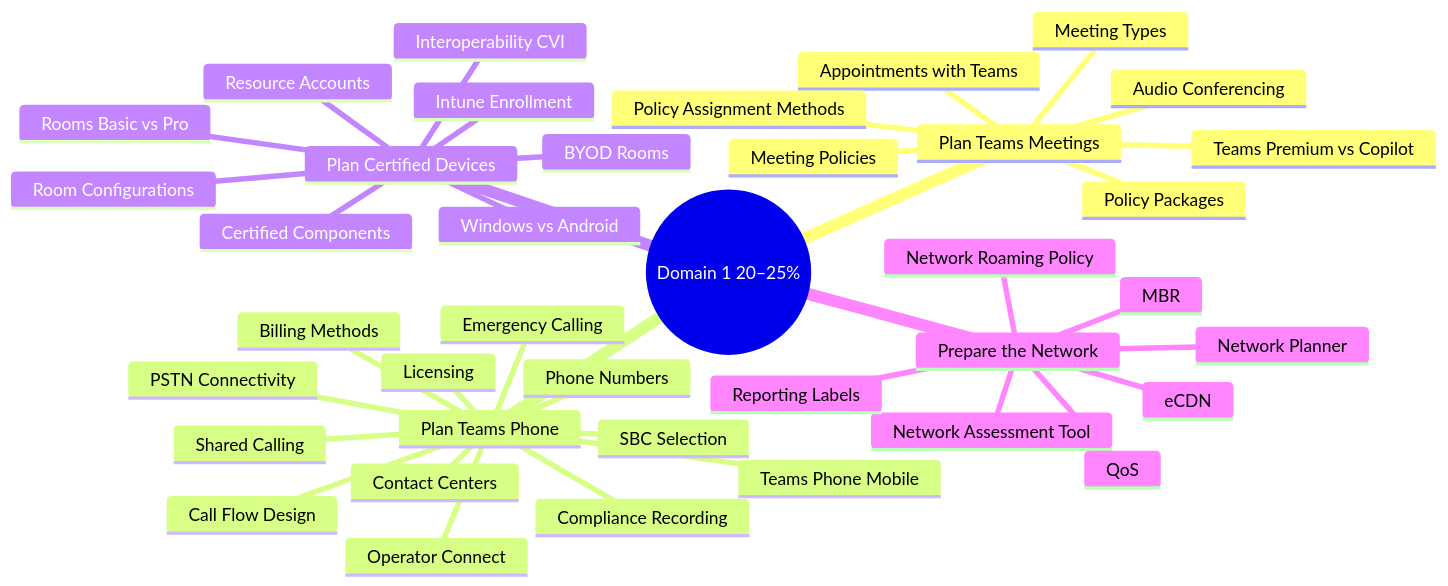
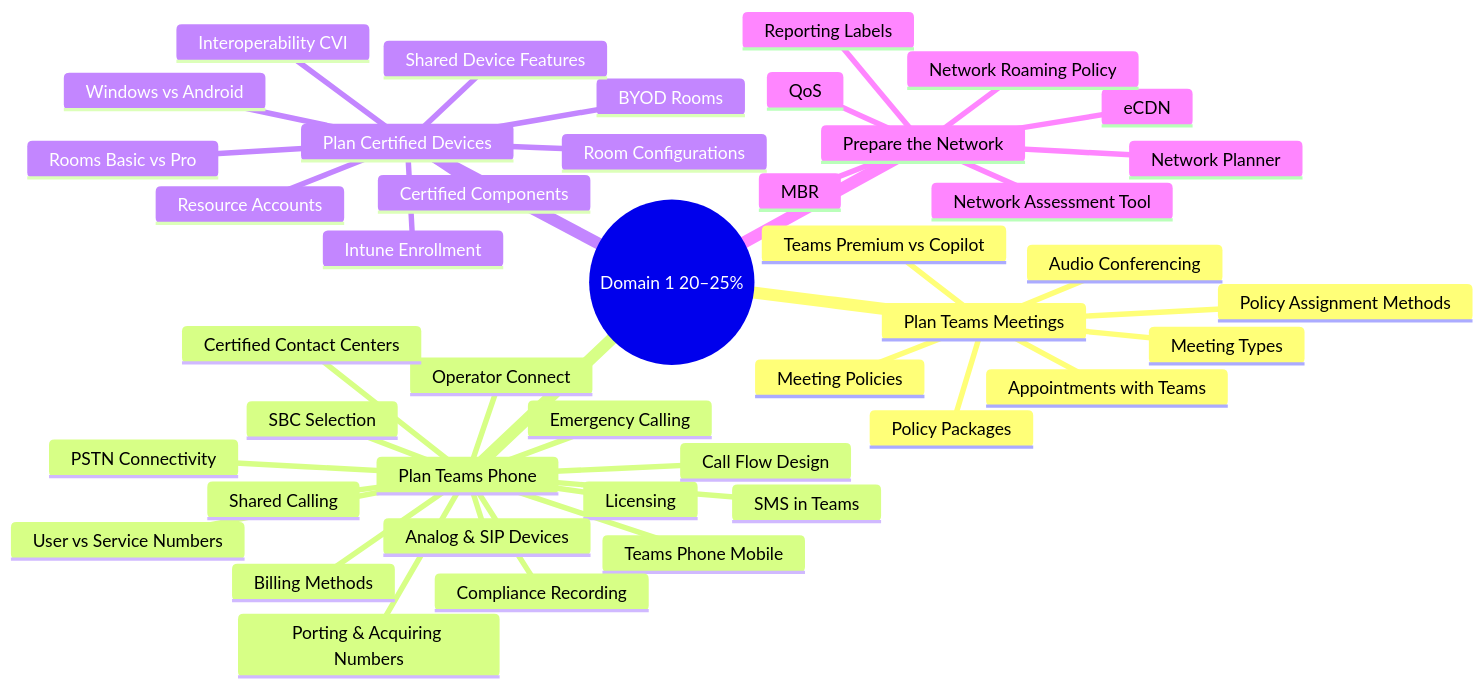
One commit to marcogrimaldi29/ms-721-study-notes changed the first of 5 diagrams in 01-plan-design-systems.md. Above: the diagram before and after it, drawn with Mermaid. The commit also changed other lines of this file and 4 other files, not shown here.

````diff
--- a/01-plan-design-systems.md
+++ b/01-plan-design-systems.md
@@ -18,42 +18,46 @@
 ```mermaid
 mindmap
   root((Domain 1 20–25%))
     Plan Teams Meetings
       Meeting Types
       Appointments with Teams
       Meeting Policies
       Audio Conferencing
       Teams Premium vs Copilot
       Policy Packages
       Policy Assignment Methods
     Plan Teams Phone
       Licensing
       PSTN Connectivity
       Operator Connect
       Teams Phone Mobile
       Shared Calling
       Billing Methods
-      Phone Numbers
+      User vs Service Numbers
+      Porting & Acquiring Numbers
+      SMS in Teams
       Call Flow Design
       Emergency Calling
       SBC Selection
+      Analog & SIP Devices
       Compliance Recording
-      Contact Centers
+      Certified Contact Centers
     Plan Certified Devices
       Room Configurations
       BYOD Rooms
       Rooms Basic vs Pro
       Windows vs Android
       Certified Components
       Interoperability CVI
       Resource Accounts
       Intune Enrollment
+      Shared Device Features
     Prepare the Network
       Network Assessment Tool
       eCDN
       Network Planner
       QoS
       MBR
       Network Roaming Policy
       Reporting Labels
 ```
````
